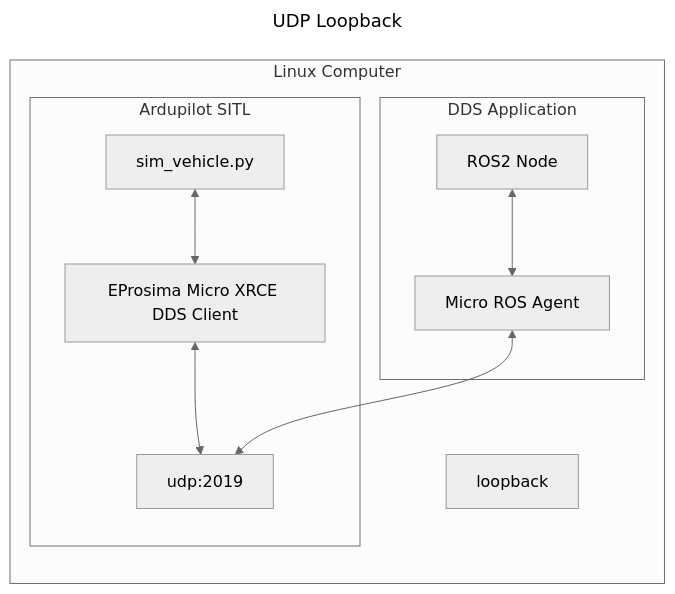
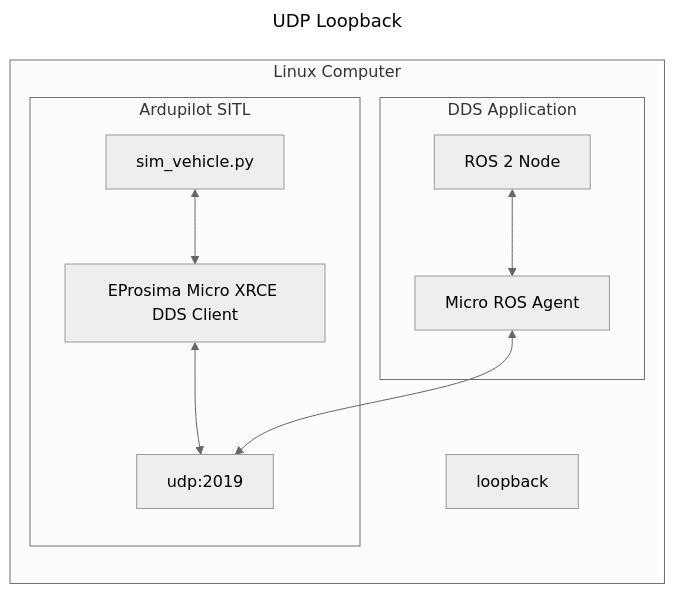
One commit to ArduPilot/ardupilot changed the first of 2 diagrams in libraries/AP_DDS/README.md. Above: the diagram before and after it, drawn with Mermaid (neutral theme). The commit also changed other lines of this file and 3 other files, not shown here.

````diff
--- a/libraries/AP_DDS/README.md
+++ b/libraries/AP_DDS/README.md
@@ -7,22 +7,22 @@
 ```mermaid
 ---
 title: UDP Loopback
 ---
 graph LR
 
   subgraph Linux Computer
 
     subgraph Ardupilot SITL
       veh[sim_vehicle.py] <--> xrceClient[EProsima Micro XRCE DDS Client]
       xrceClient <--> port1[udp:2019]
     end
 
     subgraph DDS Application
-      ros[ROS2 Node] <--> agent[Micro ROS Agent]
+      ros[ROS 2 Node] <--> agent[Micro ROS Agent]
       agent <-->port1[udp:2019]
     end
 
     loopback
 
   end
 ```
````
